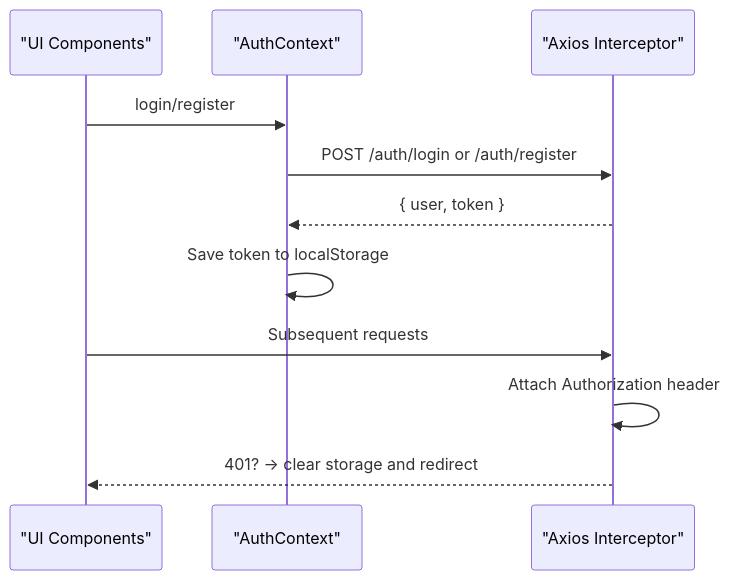
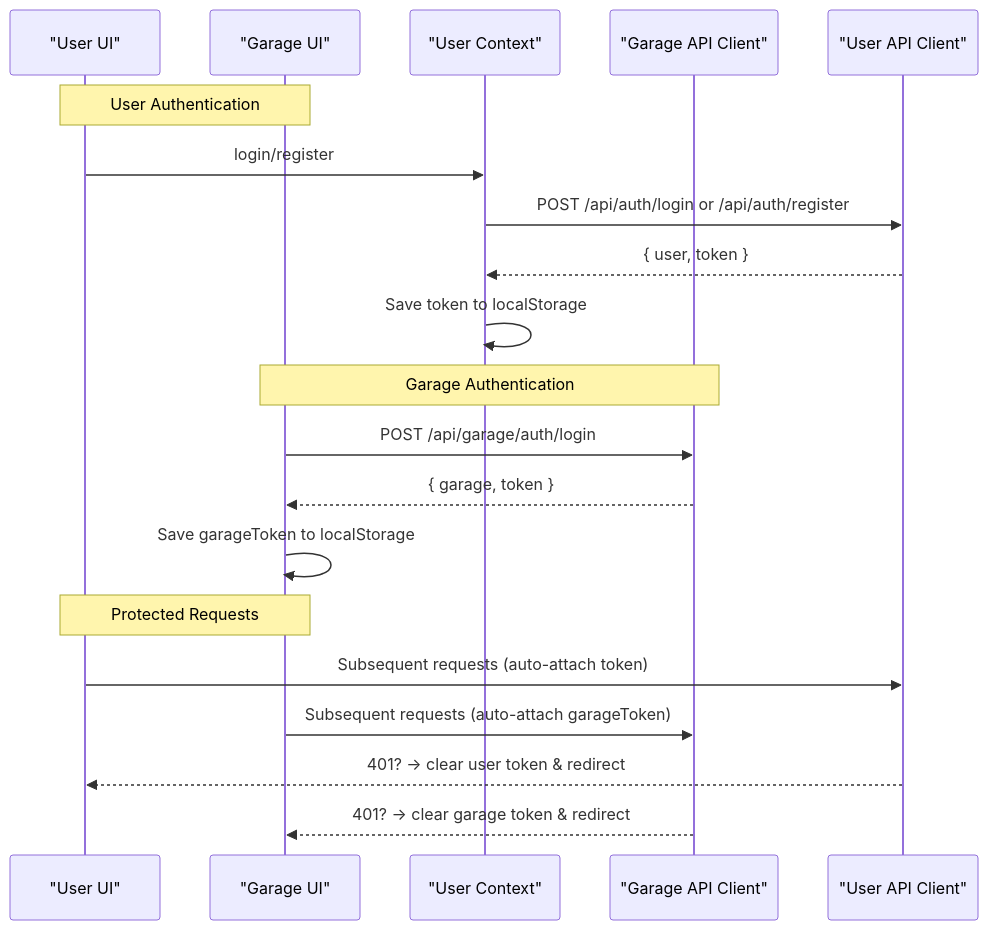
The eighth of 10 diagrams in .qoder/repowiki/en/content/Backend Documentation/Authentication & Authorization.md (NaveenHiranya/Smart-Vehicle-Insurance-Claim-System), drawn with Mermaid before and after one commit. The commit also changed other lines of this file and 87 other files, not shown here.

````diff
--- a/.qoder/repowiki/en/content/Backend Documentation/Authentication & Authorization.md
+++ b/.qoder/repowiki/en/content/Backend Documentation/Authentication & Authorization.md
@@ -297,13 +451,22 @@
 ```mermaid
 sequenceDiagram
-participant UI as "UI Components"
-participant Ctx as "AuthContext"
-participant Api as "Axios Interceptor"
-UI->>Ctx : login/register
-Ctx->>Api : POST /auth/login or /auth/register
-Api-->>Ctx : { user, token }
-Ctx->>Ctx : Save token to localStorage
-UI->>Api : Subsequent requests
-Api->>Api : Attach Authorization header
-Api-->>UI : 401? -> clear storage and redirect
+participant UserUI as "User UI"
+participant GarageUI as "Garage UI"
+participant UserCtx as "User Context"
+participant GarageApi as "Garage API Client"
+participant Api as "User API Client"
+Note over UserUI,GarageUI : User Authentication
+UserUI->>UserCtx : login/register
+UserCtx->>Api : POST /api/auth/login or /api/auth/register
+Api-->>UserCtx : { user, token }
+UserCtx->>UserCtx : Save token to localStorage
+Note over GarageUI,GarageApi : Garage Authentication
+GarageUI->>GarageApi : POST /api/garage/auth/login
+GarageApi-->>GarageUI : { garage, token }
+GarageUI->>GarageUI : Save garageToken to localStorage
+Note over UserUI,GarageUI : Protected Requests
+UserUI->>Api : Subsequent requests (auto-attach token)
+GarageUI->>GarageApi : Subsequent requests (auto-attach garageToken)
+Api-->>UserUI : 401? -> clear user token & redirect
+GarageApi-->>GarageUI : 401? -> clear garage token & redirect
 ```
````
